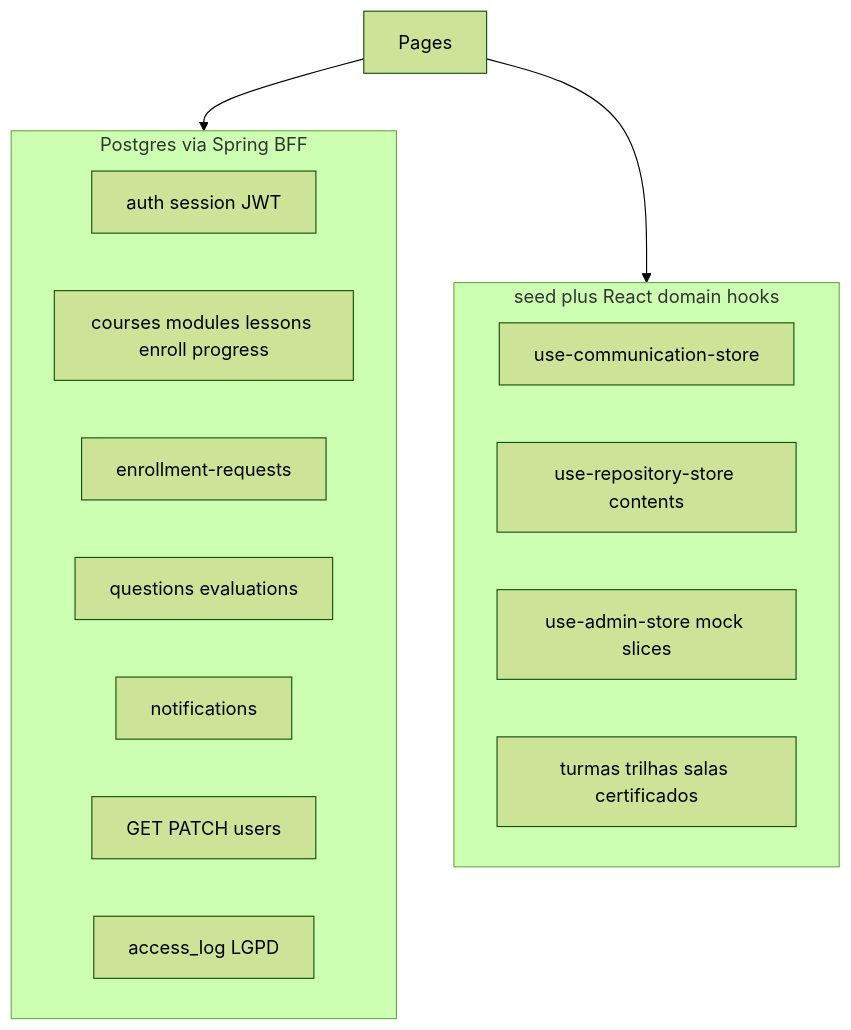
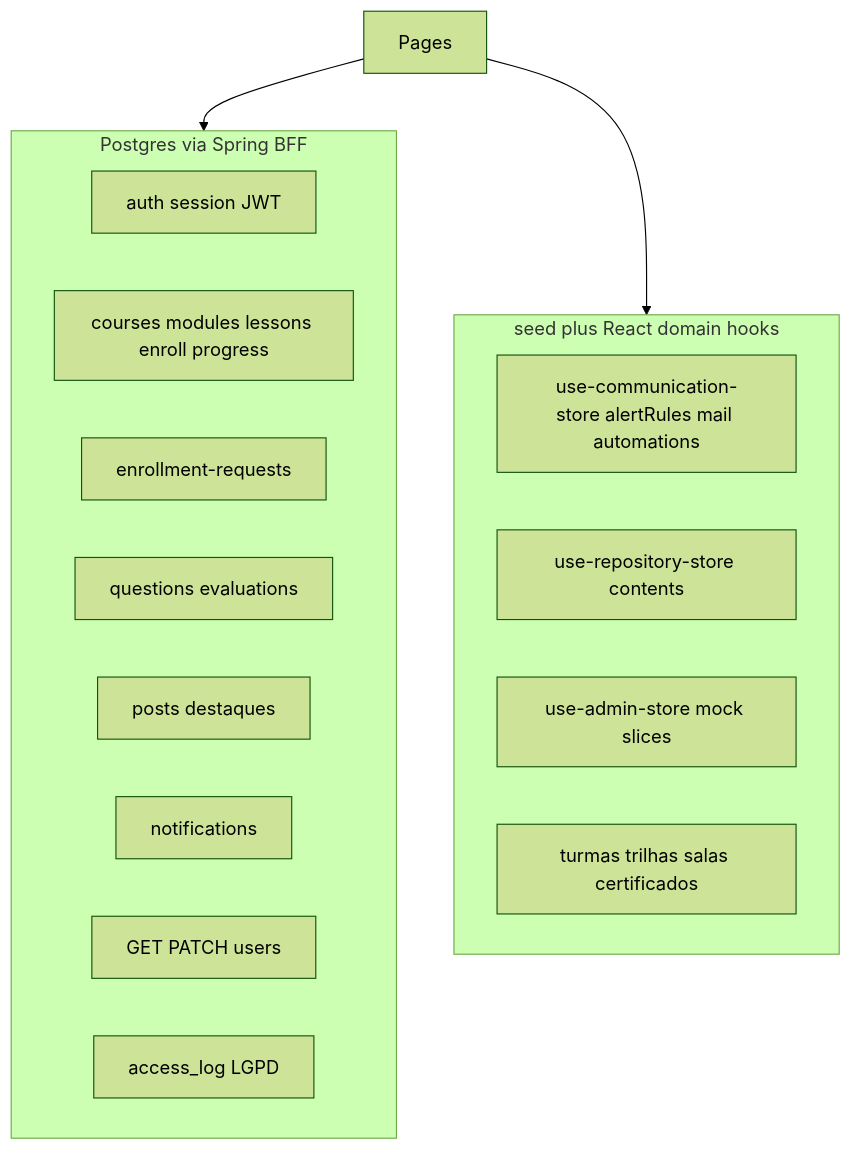
One commit to GrigoriDevv/navoxi-lms changed the diagram in AGENTS.md. Above: the diagram before and after it, drawn with Mermaid (forest theme). The commit also changed other lines of this file and 28 other files, not shown here.

````diff
--- a/AGENTS.md
+++ b/AGENTS.md
@@ -23,20 +24,21 @@
 ```mermaid
 flowchart TB
   subgraph java [Postgres via Spring BFF]
     Auth[auth session JWT]
     Learn[courses modules lessons enroll progress]
     EnrollReq[enrollment-requests]
     QuestionsEval[questions evaluations]
+    PostsDestaques[posts destaques]
     Notif[notifications]
     UsersAdmin[GET PATCH users]
     AccessLog[access_log LGPD]
   end
   subgraph mock [seed plus React domain hooks]
-    Comm[use-communication-store]
+    CommMock[use-communication-store alertRules mail automations]
     RepoContents[use-repository-store contents]
     AdminMock[use-admin-store mock slices]
     LearnMock[turmas trilhas salas certificados]
   end
   UI[Pages] --> java
   UI --> mock
 ```
````
